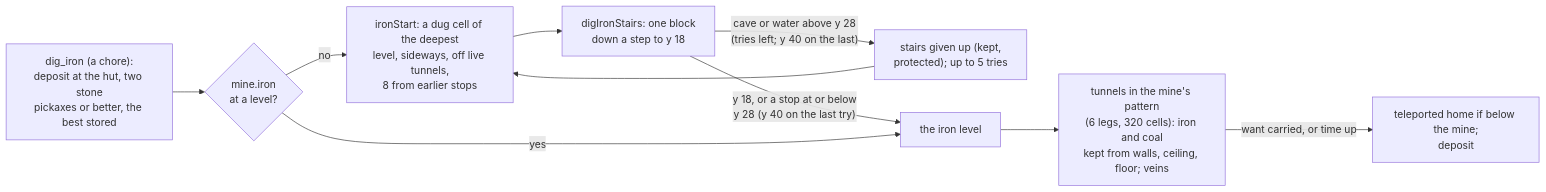
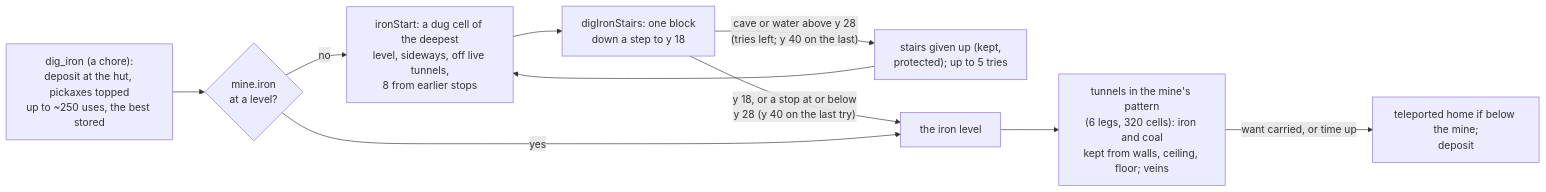
One commit to delphium226/MCAISandbox changed diagram 17 of 17 in docs/ARCHITECTURE.md. Above: the diagram before and after it, drawn with Mermaid. The commit also changed other lines of this file and 3 other files, not shown here.

````diff
--- a/docs/ARCHITECTURE.md
+++ b/docs/ARCHITECTURE.md
@@ -1029,10 +1075,10 @@
 ```mermaid
 flowchart LR
-  trip["dig_iron (a chore):<br/>deposit at the hut, two stone<br/>pickaxes or better, the best stored"] --> rec{"mine.iron<br/>at a level?"}
+  trip["dig_iron (a chore):<br/>deposit at the hut, pickaxes topped<br/>up to ~250 uses, the best stored"] --> rec{"mine.iron<br/>at a level?"}
   rec -- no --> start["ironStart: a dug cell of the deepest<br/>level, sideways, off live tunnels,<br/>8 from earlier stops"] --> stairs["digIronStairs: one block<br/>down a step to y 18"]
   stairs -- "cave or water above y 28<br/>(tries left; y 40 on the last)" --> gaveup["stairs given up (kept,<br/>protected); up to 5 tries"] --> start
   stairs -- "y 18, or a stop at or below<br/>y 28 (y 40 on the last try)" --> level["the iron level"]
   rec -- yes --> level
   level --> tunnels["tunnels in the mine's pattern<br/>(6 legs, 320 cells): iron and coal<br/>kept from walls, ceiling, floor; veins"]
   tunnels -- "want carried, or time up" --> home["teleported home if below the mine;<br/>deposit"]
 ```
````
